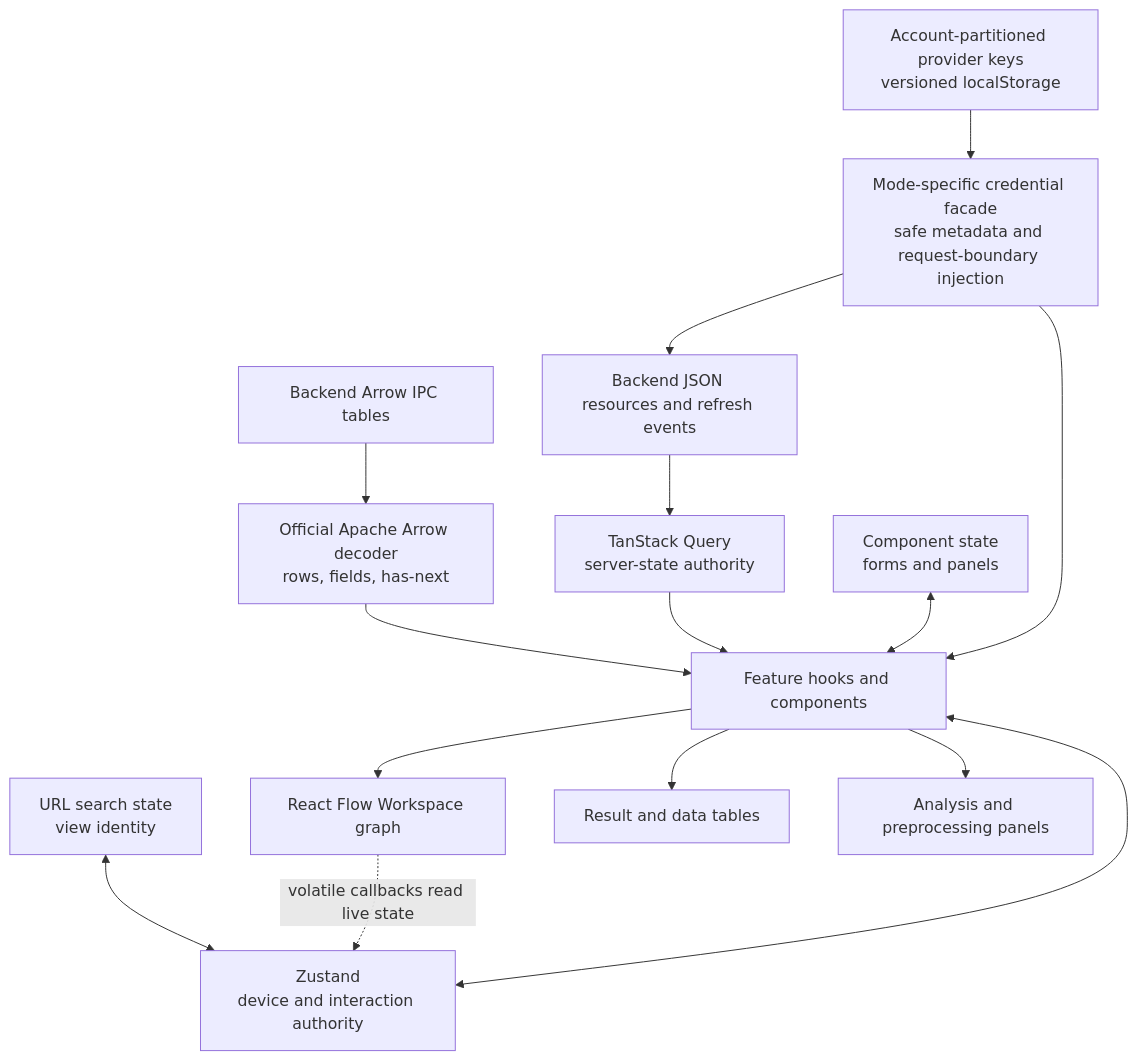
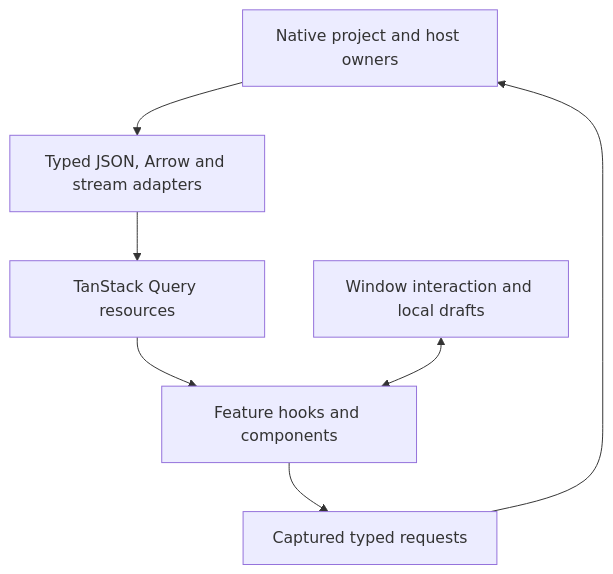
The diagram in docs/architecture/frontend/state-and-data-flow.md (Australian-Text-Analytics-Platform/ldaca-wordflow), drawn with Mermaid before and after one commit. The commit also changed other lines of this file and 49 other files, not shown here.

````diff
--- a/docs/architecture/frontend/state-and-data-flow.md
+++ b/docs/architecture/frontend/state-and-data-flow.md
@@ -34,20 +16,9 @@
 ```mermaid
 flowchart TB
-    BACKEND["Backend JSON resources and refresh events"] --> QUERY["TanStack Query<br/>server-state authority"]
-    ARROW["Backend Arrow IPC tables"] --> DECODER["Official Apache Arrow decoder<br/>rows, fields, has-next"]
-    DECODER --> FEATURES
-    QUERY --> FEATURES["Feature hooks and components"]
-
-    ZUSTAND["Zustand<br/>device and interaction authority"] <--> FEATURES
-    LOCAL["Component state<br/>forms and panels"] <--> FEATURES
-    URL["URL search state<br/>view identity"] <--> ZUSTAND
-    BROWSER_CREDENTIALS["Account-partitioned provider keys<br/>versioned localStorage"] --> CREDENTIAL_FACADE["Mode-specific credential facade<br/>safe metadata and request-boundary injection"]
-    CREDENTIAL_FACADE --> FEATURES
-    CREDENTIAL_FACADE --> BACKEND
-
-    FEATURES --> GRAPH["React Flow Workspace graph"]
-    FEATURES --> TABLES["Result and data tables"]
-    FEATURES --> PANELS["Analysis and preprocessing panels"]
-
-    GRAPH -. "volatile callbacks read live state" .-> ZUSTAND
+    NATIVE["Native project and host owners"] --> ADAPTER["Typed JSON, Arrow and stream adapters"]
+    ADAPTER --> QUERY["TanStack Query resources"]
+    QUERY --> UI["Feature hooks and components"]
+    DRAFT["Window interaction and local drafts"] <--> UI
+    UI --> REQUEST["Captured typed requests"]
+    REQUEST --> NATIVE
 ```
````
